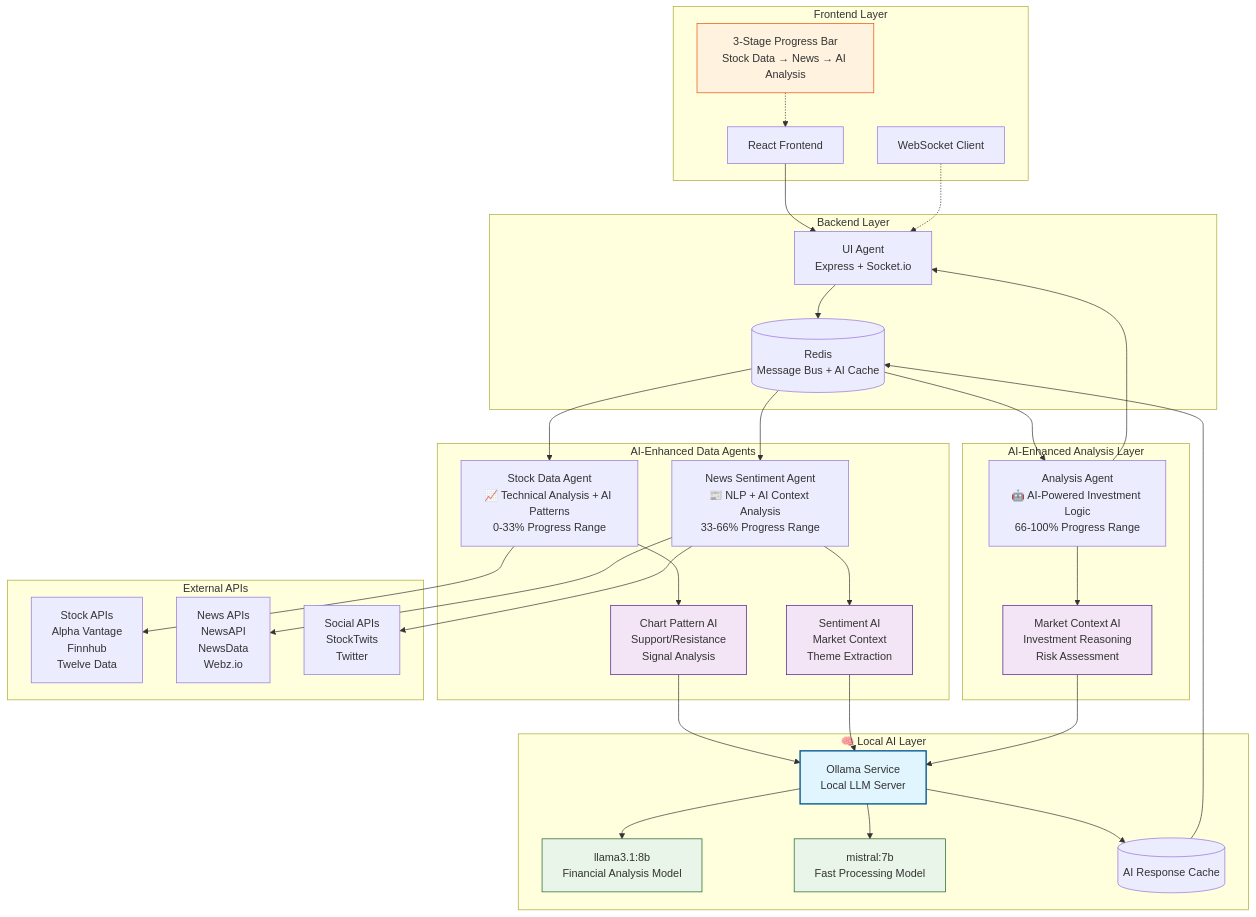
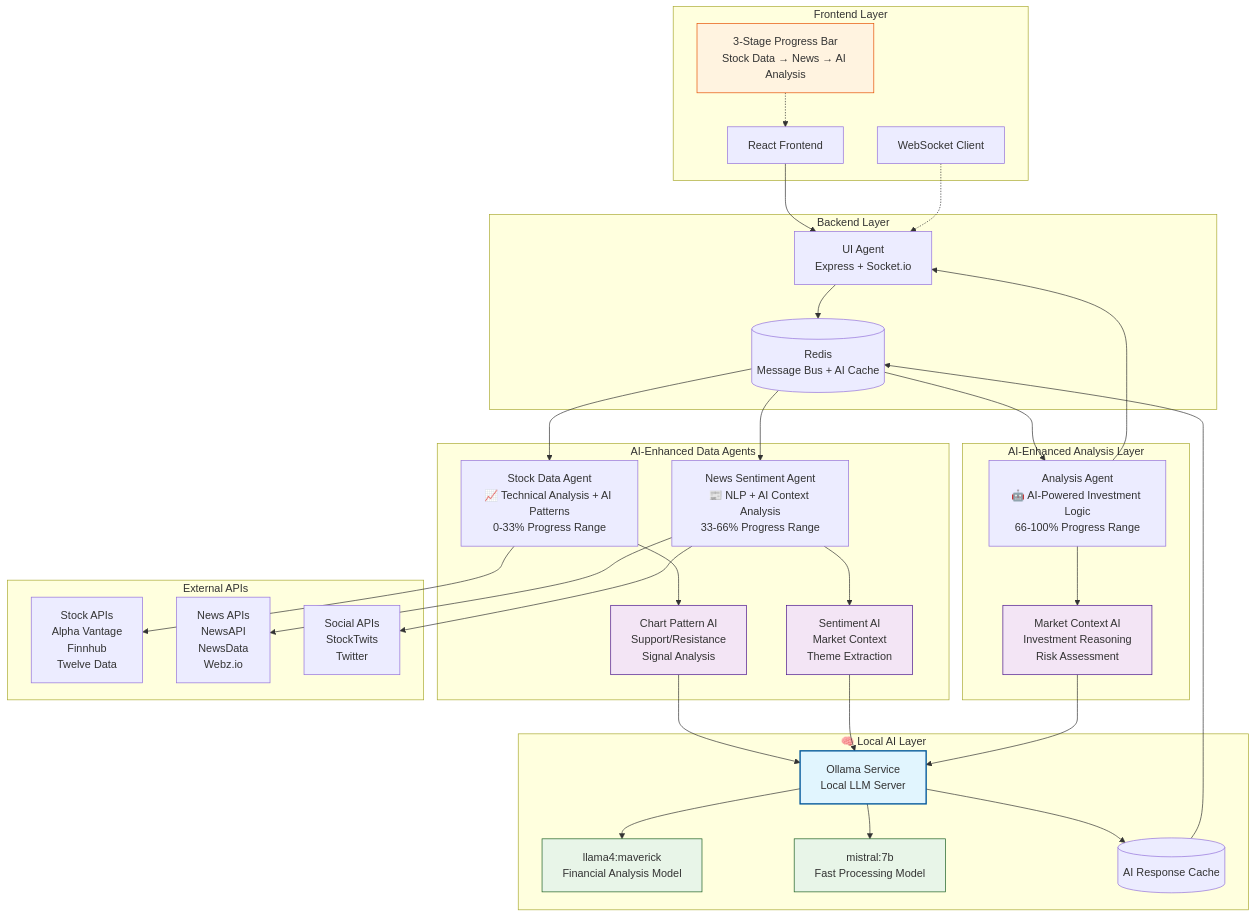
The first of 4 diagrams in README.md (iamsudhanshu/stock-analyzer), drawn with Mermaid before and after one commit. The commit also changed other lines of this file and 10 other files, not shown here.

Commit message:
Update all agents and documentation to use llama4:maverick as the default LLM model

````diff
--- a/README.md
+++ b/README.md
@@ -41,73 +41,73 @@
 ```mermaid
 graph TB
     subgraph "Frontend Layer"
         UI[React Frontend]
         WS[WebSocket Client]
         Progress[3-Stage Progress Bar<br/>Stock Data → News → AI Analysis]
     end
     
     subgraph "Backend Layer"
         UIAgent[UI Agent<br/>Express + Socket.io]
         Redis[(Redis<br/>Message Bus + AI Cache)]
     end
     
     subgraph "🧠 Local AI Layer"
         Ollama[Ollama Service<br/>Local LLM Server]
-        LLaMA[llama3.1:8b<br/>Financial Analysis Model]
+        LLaMA[llama4:maverick<br/>Financial Analysis Model]
         Mistral[mistral:7b<br/>Fast Processing Model]
         AICache[(AI Response Cache)]
     end
     
     subgraph "AI-Enhanced Analysis Layer"
         AnalysisAgent[Analysis Agent<br/>🤖 AI-Powered Investment Logic<br/>66-100% Progress Range]
         AIAnalysis[Market Context AI<br/>Investment Reasoning<br/>Risk Assessment]
     end
     
     subgraph "AI-Enhanced Data Agents"
         StockAgent[Stock Data Agent<br/>📈 Technical Analysis + AI Patterns<br/>0-33% Progress Range]
         StockAI[Chart Pattern AI<br/>Support/Resistance<br/>Signal Analysis]
         
         NewsAgent[News Sentiment Agent<br/>📰 NLP + AI Context Analysis<br/>33-66% Progress Range]
         NewsAI[Sentiment AI<br/>Market Context<br/>Theme Extraction]
     end
     
     subgraph "External APIs"
         StockAPIs[Stock APIs<br/>Alpha Vantage<br/>Finnhub<br/>Twelve Data]
         NewsAPIs[News APIs<br/>NewsAPI<br/>NewsData<br/>Webz.io]
         SocialAPIs[Social APIs<br/>StockTwits<br/>Twitter]
     end
     
     UI --> UIAgent
     WS -.-> UIAgent
     Progress -.-> UI
     UIAgent --> Redis
     Redis --> StockAgent
     Redis --> NewsAgent
     Redis --> AnalysisAgent
     
     StockAgent --> StockAPIs
     StockAgent --> StockAI
     StockAI --> Ollama
     
     NewsAgent --> NewsAPIs
     NewsAgent --> SocialAPIs
     NewsAgent --> NewsAI
     NewsAI --> Ollama
     
     AnalysisAgent --> AIAnalysis
     AIAnalysis --> Ollama
     AnalysisAgent --> UIAgent
     
     Ollama --> LLaMA
     Ollama --> Mistral
     Ollama --> AICache
     AICache --> Redis
     
     style Ollama fill:#e1f5fe,stroke:#01579b,stroke-width:2px
     style StockAI fill:#f3e5f5,stroke:#4a148c
     style NewsAI fill:#f3e5f5,stroke:#4a148c
     style AIAnalysis fill:#f3e5f5,stroke:#4a148c
     style LLaMA fill:#e8f5e8,stroke:#1b5e20
     style Mistral fill:#e8f5e8,stroke:#1b5e20
     style Progress fill:#fff3e0,stroke:#e65100
 ```
````
